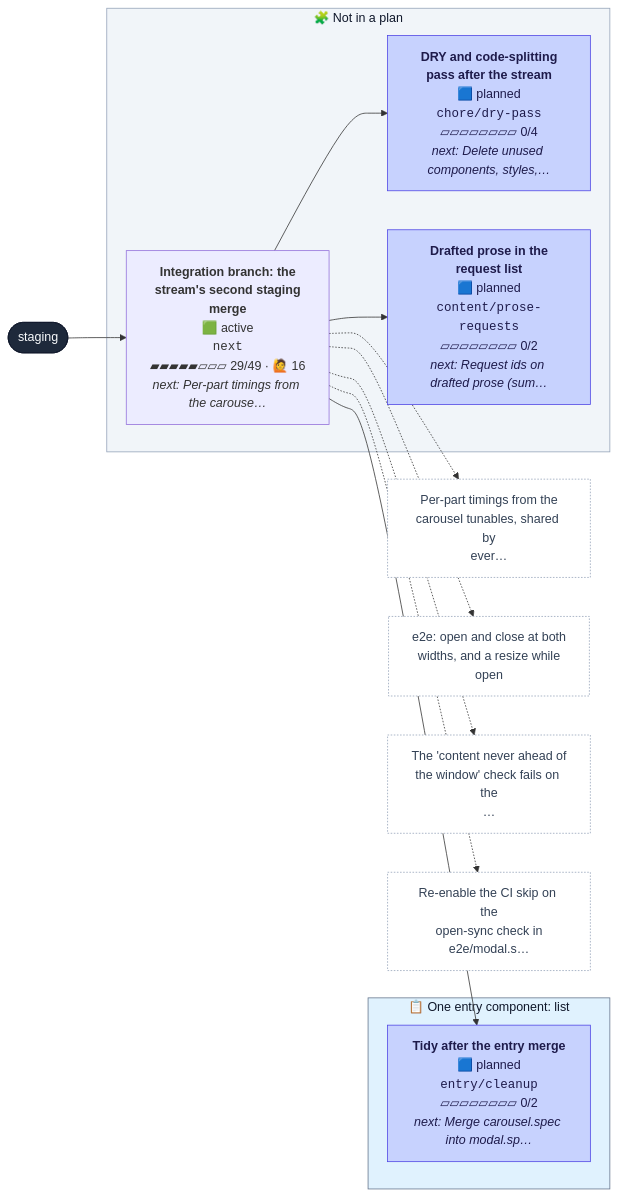
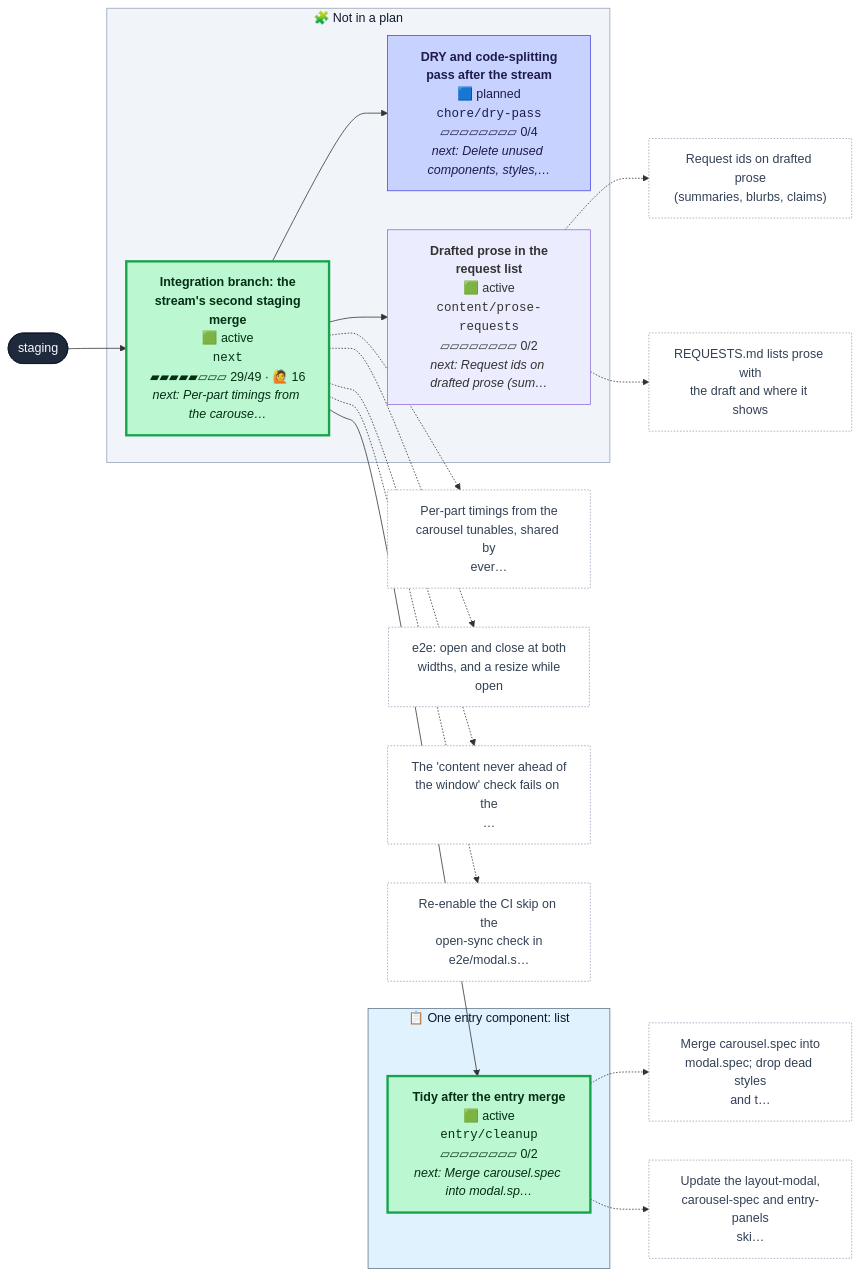
The first of 2 diagrams in CONTRIBUTING.md (henryjonescodes/portfolio), drawn with Mermaid before and after one commit. The commit also changed other lines of this file and 1 other file, not shown here.

````diff
--- a/CONTRIBUTING.md
+++ b/CONTRIBUTING.md
@@ -16,44 +16,56 @@
 ```mermaid
 flowchart LR
   n_staging([staging])
   class n_staging trunk
   subgraph plan_0["📋 One entry component: list"]
-    n_entry_cleanup["<b>Tidy after the entry merge</b><br/>🟦 planned<br/><code>entry/cleanup</code><br/>▱▱▱▱▱▱▱▱ 0/2<br/><i>next: Merge carousel.spec into modal.sp…</i>"]
-    class n_entry_cleanup planned
+    n_entry_cleanup["<b>Tidy after the entry merge</b><br/>🟩 active<br/><code>entry/cleanup</code><br/>▱▱▱▱▱▱▱▱ 0/2<br/><i>next: Merge carousel.spec into modal.sp…</i>"]
+    class n_entry_cleanup active
   end
   style plan_0 fill:#e0f2fe,stroke:#64748b,color:#0f172a
   subgraph loose["🧩 Not in a plan"]
     n_chore_dry_pass["<b>DRY and code-splitting<br/>pass after the stream</b><br/>🟦 planned<br/><code>chore/dry-pass</code><br/>▱▱▱▱▱▱▱▱ 0/4<br/><i>next: Delete unused components, styles,…</i>"]
     class n_chore_dry_pass planned
-    n_content_prose_requests["<b>Drafted prose in the<br/>request list</b><br/>🟦 planned<br/><code>content/prose-requests</code><br/>▱▱▱▱▱▱▱▱ 0/2<br/><i>next: Request ids on drafted prose (sum…</i>"]
-    class n_content_prose_requests planned
+    n_content_prose_requests["<b>Drafted prose in the<br/>request list</b><br/>🟩 active<br/><code>content/prose-requests</code><br/>▱▱▱▱▱▱▱▱ 0/2<br/><i>next: Request ids on drafted prose (sum…</i>"]
+    class n_content_prose_requests active,current
     n_next["<b>Integration branch: the<br/>stream's second staging<br/>merge</b><br/>🟩 active<br/><code>next</code><br/>▰▰▰▰▰▱▱▱ 29/49 · 🙋 16<br/><i>next: Per-part timings from the carouse…</i>"]
-    class n_next active,current
+    class n_next active
   end
   style loose fill:#f1f5f9,stroke:#94a3b8,color:#0f172a
   n_next --> n_chore_dry_pass
   n_next --> n_content_prose_requests
   n_next --> n_entry_cleanup
   n_staging --> n_next
+  n_content_prose_requests_t0["Request ids on drafted prose<br/>(summaries, blurbs, claims)"]
+  class n_content_prose_requests_t0 todo
+  n_content_prose_requests -.-> n_content_prose_requests_t0
+  n_content_prose_requests_t1["REQUESTS.md lists prose with<br/>the draft and where it shows"]
+  class n_content_prose_requests_t1 todo
+  n_content_prose_requests -.-> n_content_prose_requests_t1
+  n_entry_cleanup_t0["Merge carousel.spec into<br/>modal.spec; drop dead styles<br/>and t…"]
+  class n_entry_cleanup_t0 todo
+  n_entry_cleanup -.-> n_entry_cleanup_t0
+  n_entry_cleanup_t1["Update the layout-modal,<br/>carousel-spec and entry-panels<br/>ski…"]
+  class n_entry_cleanup_t1 todo
+  n_entry_cleanup -.-> n_entry_cleanup_t1
   n_next_t0["Per-part timings from the<br/>carousel tunables, shared by<br/>ever…"]
   class n_next_t0 todo
   n_next -.-> n_next_t0
   n_next_t1["e2e: open and close at both<br/>widths, and a resize while<br/>open"]
   class n_next_t1 todo
   n_next -.-> n_next_t1
   n_next_t2["The 'content never ahead of<br/>the window' check fails on the<br/>…"]
   class n_next_t2 todo
   n_next -.-> n_next_t2
   n_next_t3["Re-enable the CI skip on the<br/>open-sync check in<br/>e2e/modal.s…"]
   class n_next_t3 todo
   n_next -.-> n_next_t3
   classDef merged fill:#dcfce7,stroke:#16a34a,color:#052e16
   classDef todo fill:#ffffff,stroke:#94a3b8,stroke-dasharray:2 2,color:#334155
   classDef planned fill:#c7d2fe,stroke:#4f46e5,color:#1e1b4b
   classDef sketched fill:#f8fafc,stroke:#64748b,stroke-dasharray:4 3,color:#334155
   classDef active fill:#bbf7d0,stroke:#16a34a,stroke-width:3px,color:#052e16
   classDef review fill:#fde68a,stroke:#d97706,stroke-width:3px,color:#451a03
   classDef blocked fill:#fecaca,stroke:#dc2626,stroke-width:3px,color:#450a0a
   classDef trunk fill:#1e293b,stroke:#0f172a,color:#f8fafc
   classDef current stroke:#0ea5e9,stroke-width:5px
 ```
````
